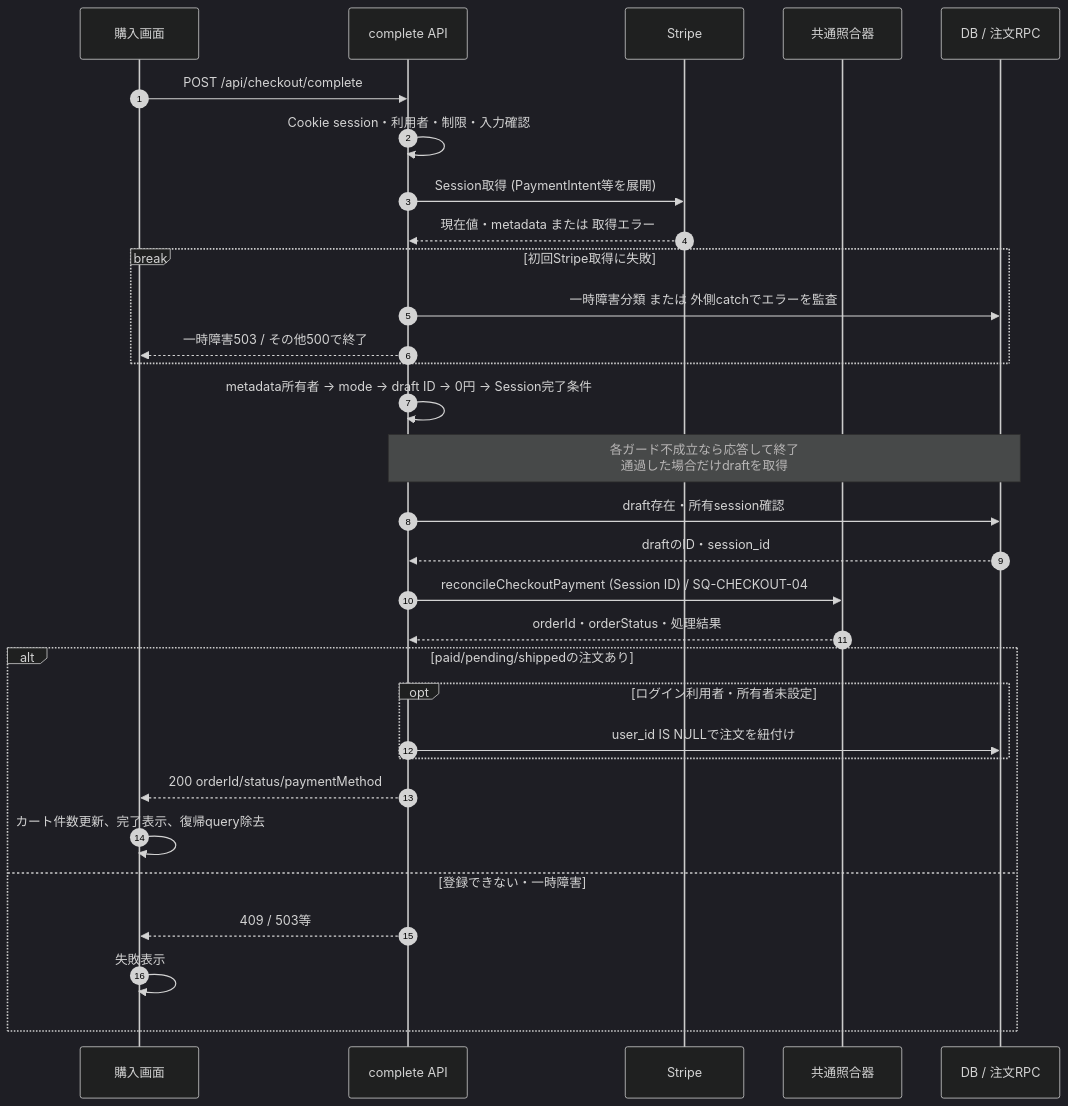
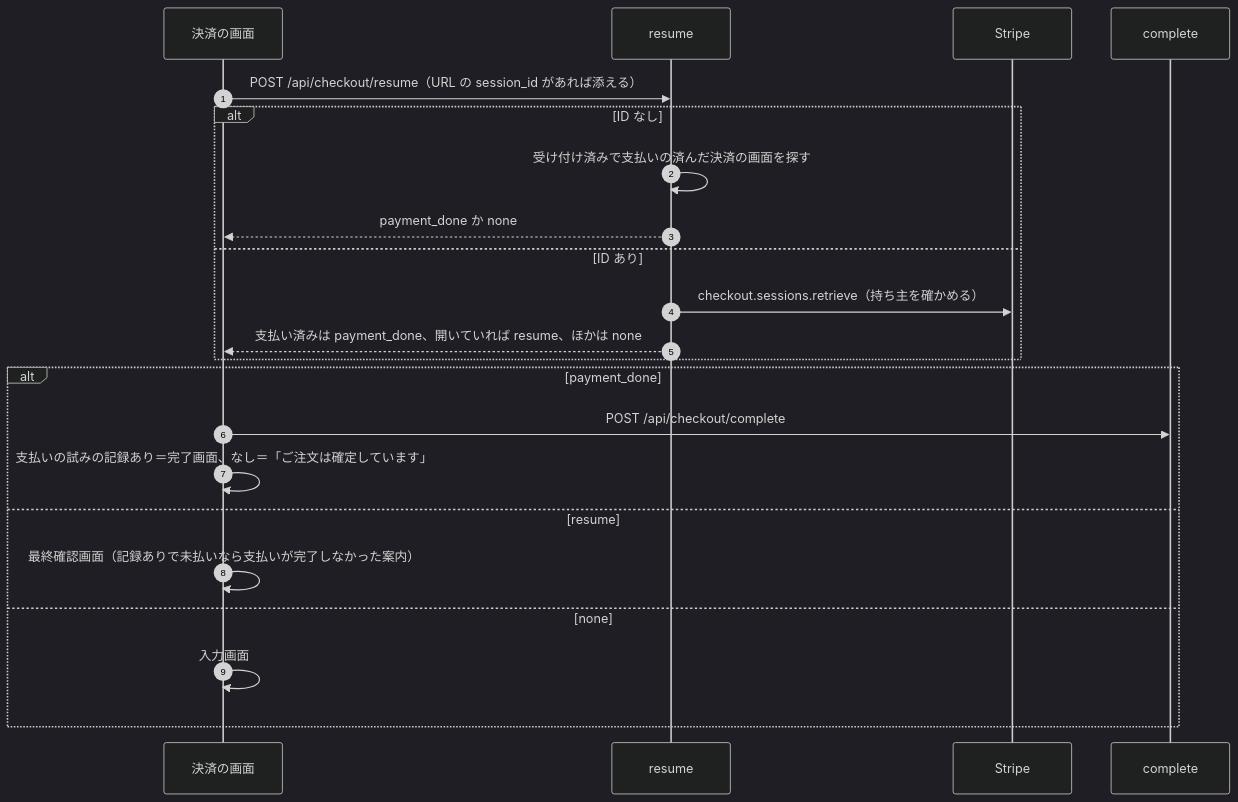
Before and after one commit to ChocoWork/o_official: the third of 5 diagrams in docs/04_DetailDesign/sequence/checkout-payment.md, drawn with Mermaid (dark theme). The commit also changed other lines of this file and 5 other files, not shown here.

````diff
--- a/docs/04_DetailDesign/sequence/checkout-payment.md
+++ b/docs/04_DetailDesign/sequence/checkout-payment.md
@@ -140,33 +121,24 @@
 ```mermaid
 sequenceDiagram
     autonumber
-    participant UI as 購入画面
-    participant API as complete API
+    participant UI as 決済の画面
+    participant R as resume
     participant Stripe as Stripe
-    participant C as 共通照合器
-    participant DB as DB / 注文RPC
-    UI->>API: POST /api/checkout/complete
-    API->>API: Cookie session・利用者・制限・入力確認
-    API->>Stripe: Session取得 (PaymentIntent等を展開)
-    Stripe-->>API: 現在値・metadata または 取得エラー
-    break 初回Stripe取得に失敗
-        API->>DB: 一時障害分類 または 外側catchでエラーを監査
-        API-->>UI: 一時障害503 / その他500で終了
+    participant C as complete
+    UI->>R: POST /api/checkout/resume（URL の session_id があれば添える）
+    alt ID なし
+        R->>R: 受け付け済みで支払いの済んだ決済の画面を探す
+        R-->>UI: payment_done か none
+    else ID あり
+        R->>Stripe: checkout.sessions.retrieve（持ち主を確かめる）
+        R-->>UI: 支払い済みは payment_done、開いていれば resume、ほかは none
     end
-    API->>API: metadata所有者 → mode → draft ID → 0円 → Session完了条件
-    Note over API,DB: 各ガード不成立なら応答して終了<br/>通過した場合だけdraftを取得
-    API->>DB: draft存在・所有session確認
-    DB-->>API: draftのID・session_id
-    API->>C: reconcileCheckoutPayment (Session ID) / SQ-CHECKOUT-04
-    C-->>API: orderId・orderStatus・処理結果
-    alt paid/pending/shippedの注文あり
-        opt ログイン利用者・所有者未設定
-            API->>DB: user_id IS NULLで注文を紐付け
-        end
-        API-->>UI: 200 orderId/status/paymentMethod
-        UI->>UI: カート件数更新、完了表示、復帰query除去
-    else 登録できない・一時障害
-        API-->>UI: 409 / 503等
-        UI->>UI: 失敗表示
+    alt payment_done
+        UI->>C: POST /api/checkout/complete
+        UI->>UI: 支払いの試みの記録あり＝完了画面、なし＝「ご注文は確定しています」
+    else resume
+        UI->>UI: 最終確認画面（記録ありで未払いなら支払いが完了しなかった案内）
+    else none
+        UI->>UI: 入力画面
     end
 ```
````
